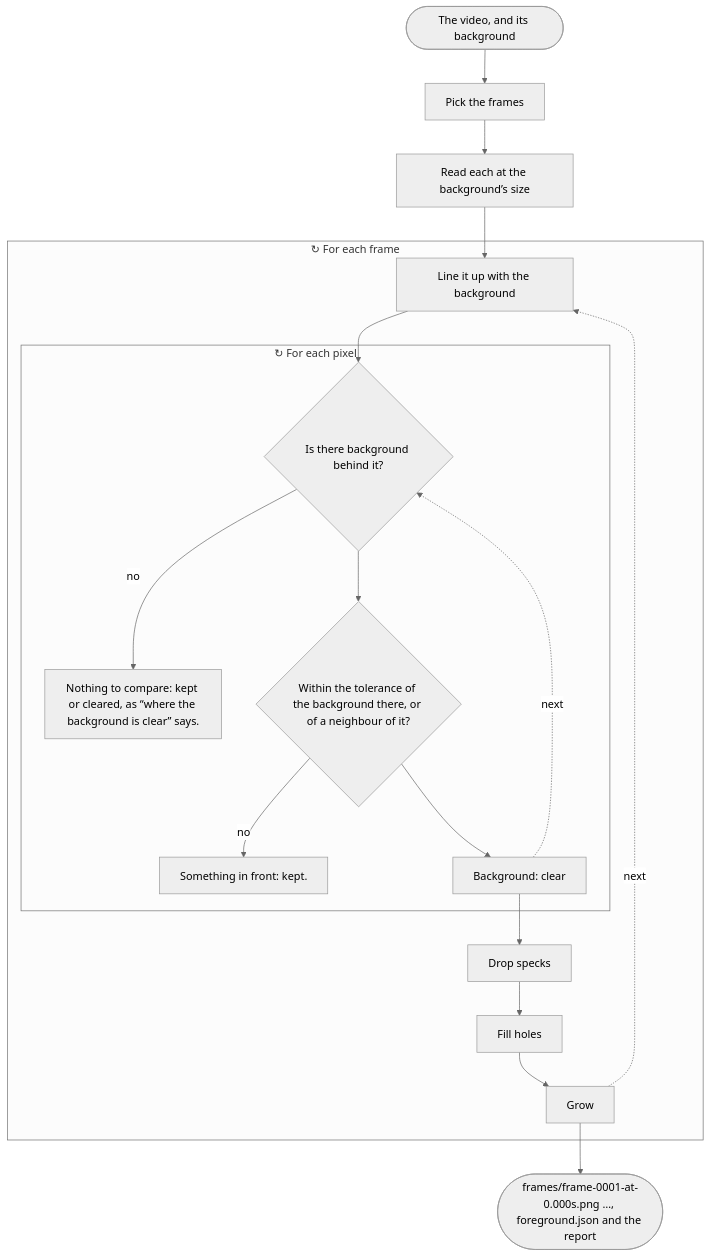
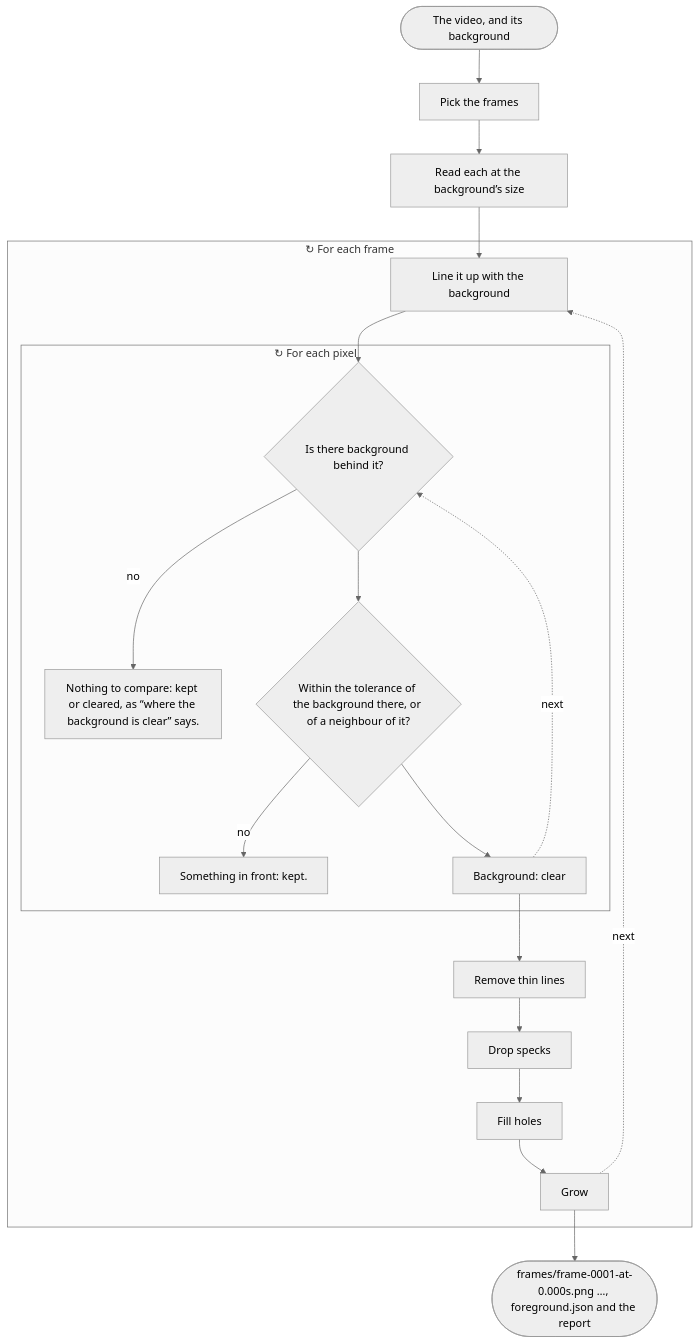
Before and after one commit to MabzGamesStudio/VibeToon: the eighth of 32 diagrams in docs/ALGORITHMS.md, drawn with Mermaid (neutral theme). The commit also changed other lines of this file and 8 other files, not shown here.

First line of the commit message:
Foreground drops thin lines; see-through clips read back with their alpha

````diff
--- a/docs/ALGORITHMS.md
+++ b/docs/ALGORITHMS.md
@@ -942,34 +942,36 @@
 ```mermaid
 flowchart TD
   s1(["The video, and its background"])
   s2["Pick the frames"]
   s1 --> s2
   s3["Read each at the background’s size"]
   s2 --> s3
   subgraph s4["↻ For each frame"]
     s5["Line it up with the background"]
     subgraph s6["↻ For each pixel"]
       s7{"Is there background behind it?"}
       s8["Nothing to compare: kept or cleared, as “where the background is clear” says."]
       s7 -- no --> s8
       s9{"Within the tolerance of the background there, or of a neighbour of it?"}
       s10["Something in front: kept."]
       s9 -- no --> s10
       s7 --> s9
       s11["Background: clear"]
       s9 --> s11
     end
     s11 -. next .-> s7
     s5 --> s7
-    s12["Drop specks"]
+    s12["Remove thin lines"]
     s11 --> s12
-    s13["Fill holes"]
+    s13["Drop specks"]
     s12 --> s13
-    s14["Grow"]
+    s14["Fill holes"]
     s13 --> s14
+    s15["Grow"]
+    s14 --> s15
   end
-  s14 -. next .-> s5
+  s15 -. next .-> s5
   s3 --> s5
-  s15(["frames/frame-0001-at-0.000s.png …, foreground.json and the report"])
-  s14 --> s15
+  s16(["frames/frame-0001-at-0.000s.png …, foreground.json and the report"])
+  s15 --> s16
 ```
````
